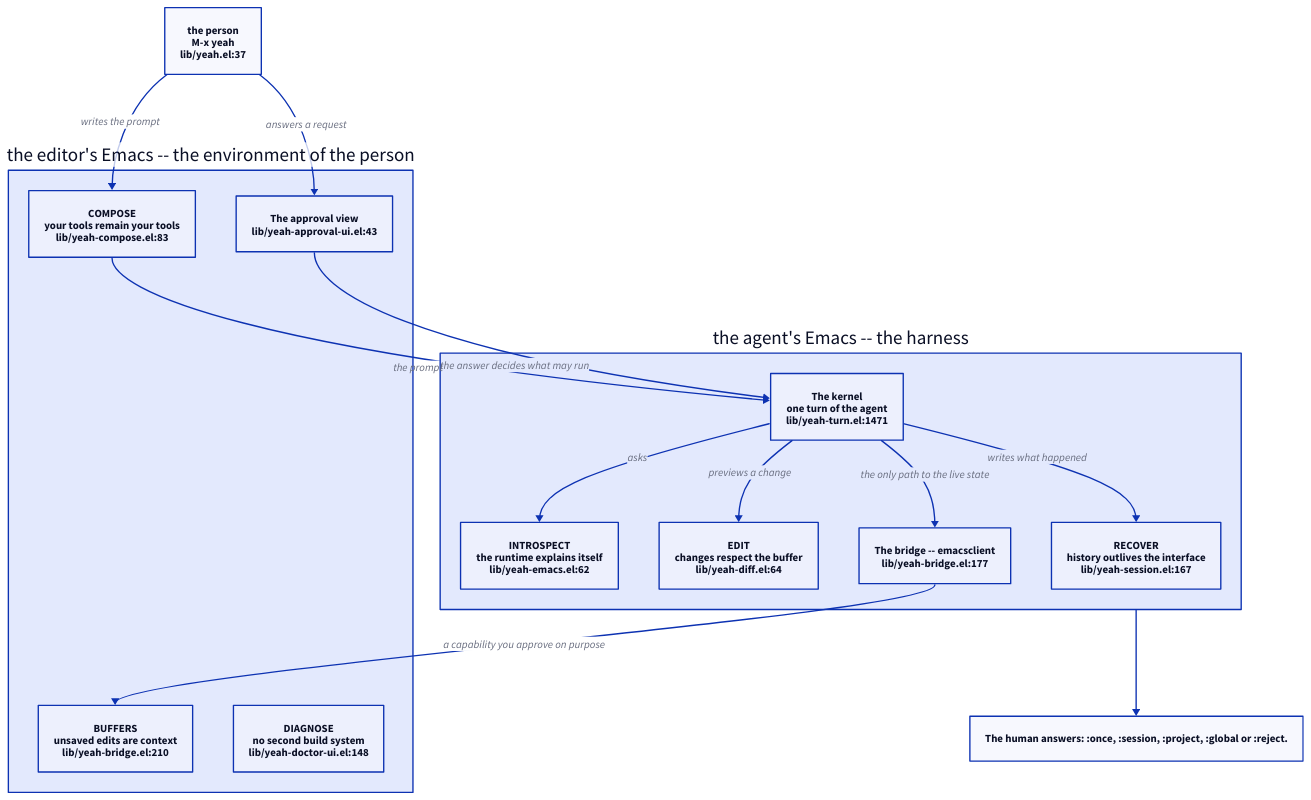
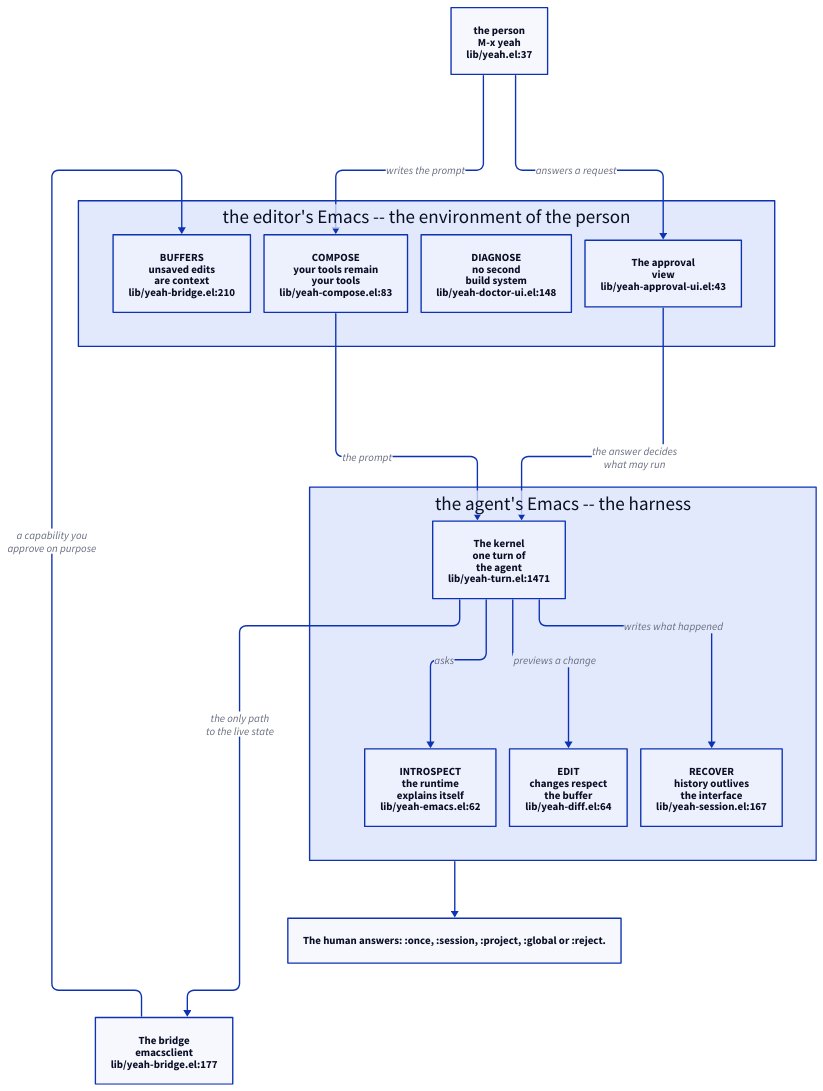
Before and after one commit to 11111000000/yeah: the diagram in site/diagrams/emacs-layer.d2, drawn with D2. The commit also changed 31 other files, not shown here.

First line of the commit message:
feat(site): the pictures of the site are readable in the column

```diff
--- a/site/diagrams/emacs-layer.d2
+++ b/site/diagrams/emacs-layer.d2
@@ -1,80 +1,93 @@
 # The Emacs layer of Yeah: the person, the editor's Emacs, the agent's Emacs
 # and the bridge between them.
 #
 # The editor's Emacs is the environment of the person: their packages, their
 # configuration, their buffers.  The agent's Emacs is the harness: the kernel
 # of the agent runs there.  The bridge is the only path from the harness to
 # the live state of the editor's Emacs, and it is a capability the person
 # approves on purpose -- not a scraping of files and process output.
 #
 # The wire of the placement carries the prompt and the answer of the person;
 # the bridge carries the other way, from the harness to the live state.
 #
 # The six capabilities of the layer are the six points of the section of the
 # site that this picture belongs to: BUFFERS, INTROSPECT, EDIT, DIAGNOSE,
 # COMPOSE and RECOVER.  DIAGNOSE has two halves: the doctor the person runs
 # in the editor and the diagnostics the agent calls in the harness.
 #
 # Every block names the file that implements it, as `file:line'.
 
 direction: down
 
+# The engine of this one picture is elk: its layout stacks the editor's
+# leaves and the harness's leaves into columns that fit the column of the
+# page, and dagre spreads them into rows that the page would scale down
+# until the words of the picture are smaller than the words of the page.
+vars: {
+  d2-config: {
+    layout-engine: elk
+  }
+}
+
 person: "the person\nM-x yeah\nlib/yeah.el:37"
 
 editor: "the editor's Emacs -- the environment of the person" {
-  buffers: "BUFFERS\nunsaved edits are context\nlib/yeah-bridge.el:210"
-  compose: "COMPOSE\nyour tools remain your tools\nlib/yeah-compose.el:83"
-  diagnose: "DIAGNOSE\nno second build system\nlib/yeah-doctor-ui.el:148"
-  approval: "The approval view\nlib/yeah-approval-ui.el:43"
+  buffers: "BUFFERS\nunsaved edits\nare context\nlib/yeah-bridge.el:210"
+  compose: "COMPOSE\nyour tools remain\nyour tools\nlib/yeah-compose.el:83"
+  diagnose: "DIAGNOSE\nno second\nbuild system\nlib/yeah-doctor-ui.el:148"
+  approval: "The approval\nview\nlib/yeah-approval-ui.el:43"
 }
 
 harness: "the agent's Emacs -- the harness" {
-  kernel: "The kernel\none turn of the agent\nlib/yeah-turn.el:1471"
-  introspect: "INTROSPECT\nthe runtime explains itself\nlib/yeah-emacs.el:62"
-  edit: "EDIT\nchanges respect the buffer\nlib/yeah-diff.el:64"
-  recover: "RECOVER\nhistory outlives the interface\nlib/yeah-session.el:167"
-  bridge: "The bridge -- emacsclient\nlib/yeah-bridge.el:177"
+  kernel: "The kernel\none turn of\nthe agent\nlib/yeah-turn.el:1471"
+  introspect: "INTROSPECT\nthe runtime\nexplains itself\nlib/yeah-emacs.el:62"
+  edit: "EDIT\nchanges respect\nthe buffer\nlib/yeah-diff.el:64"
+  recover: "RECOVER\nhistory outlives\nthe interface\nlib/yeah-session.el:167"
+}
+
+bridge: "The bridge\nemacsclient\nlib/yeah-bridge.el:177" {
+  class: subject
 }
 
 person -> editor.compose: {
   class: flow
   label: "writes the prompt"
 }
 editor.compose -> harness.kernel: {
   class: flow
   label: "the prompt"
 }
 person -> editor.approval: {
   class: flow
   label: "answers a request"
 }
 editor.approval -> harness.kernel: {
   class: flow
-  label: "the answer decides what may run"
+  label: "the answer decides\nwhat may run"
 }
-harness.kernel -> harness.bridge: {
+harness.kernel -> bridge: {
   class: flow
-  label: "the only path to the live state"
+  label: "the only path\nto the live state"
 }
-harness.bridge -> editor.buffers: {
-  class: flow
-  label: "a capability you approve on purpose"
+bridge -> editor.buffers: {
+  class: capability
+  label: "a capability you\napprove on purpose"
 }
 harness.kernel -> harness.introspect: {
   class: flow
   label: "asks"
 }
 harness.kernel -> harness.edit: {
   class: flow
   label: "previews a change"
 }
 harness.kernel -> harness.recover: {
   class: flow
   label: "writes what happened"
 }
 
 note: "The human answers: :once, :session, :project, :global or :reject."
 
 harness -> note: {
   class: hidden
 }
```
